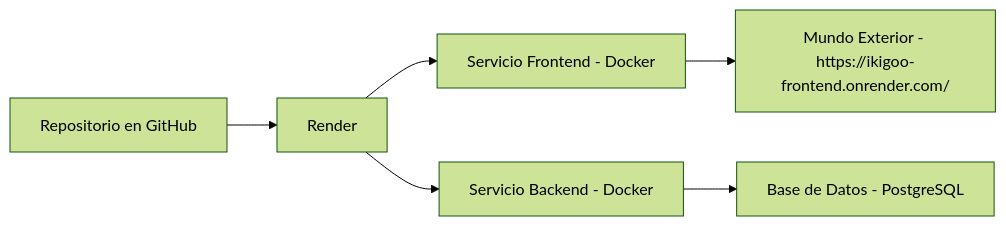
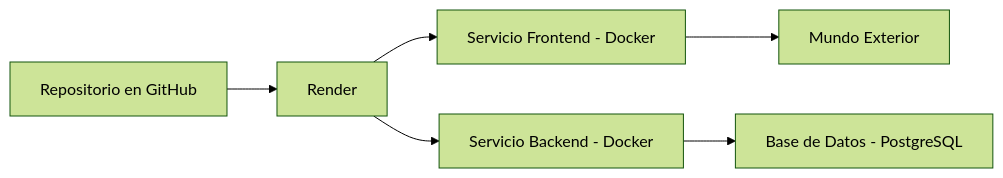
One commit to LIDR-academy/AI4Devs-finalproject changed the second of 3 diagrams in readme.md. Above: the diagram before and after it, drawn with Mermaid (forest theme). The commit also changed other lines of this file, not shown here.

````diff
--- a/readme.md
+++ b/readme.md
@@ -336,8 +336,8 @@
 ```mermaid
   graph LR
   A[Repositorio en GitHub] --> B[Render]
   B --> C[Servicio Frontend - Docker]
   B --> D[Servicio Backend - Docker]
-  C --> E[Mundo Exterior - https://ikigoo-frontend.onrender.com/]
+  C --> E[Mundo Exterior]
   D --> F[Base de Datos  - PostgreSQL]
 ```
````
